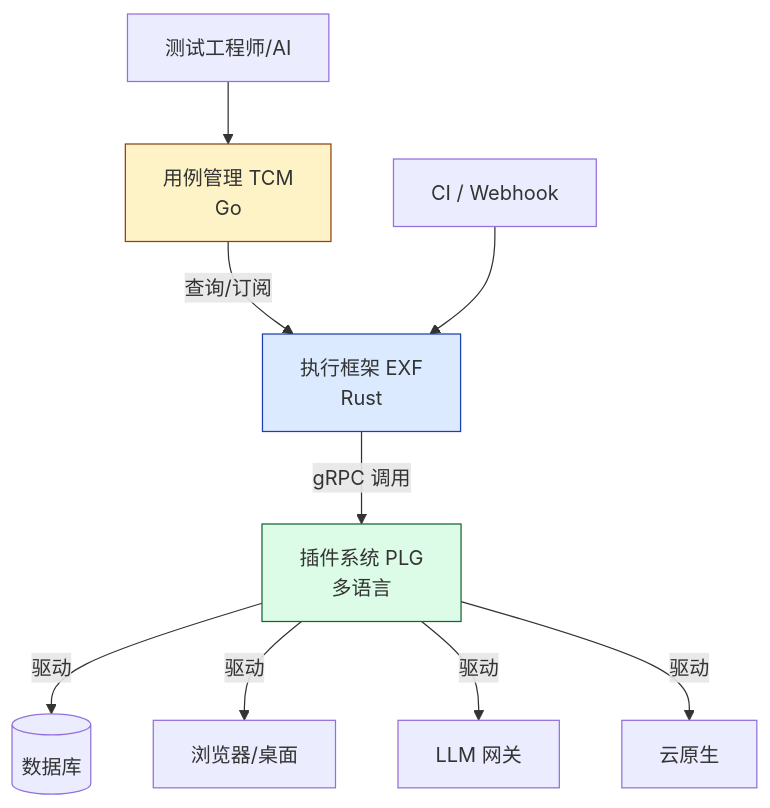
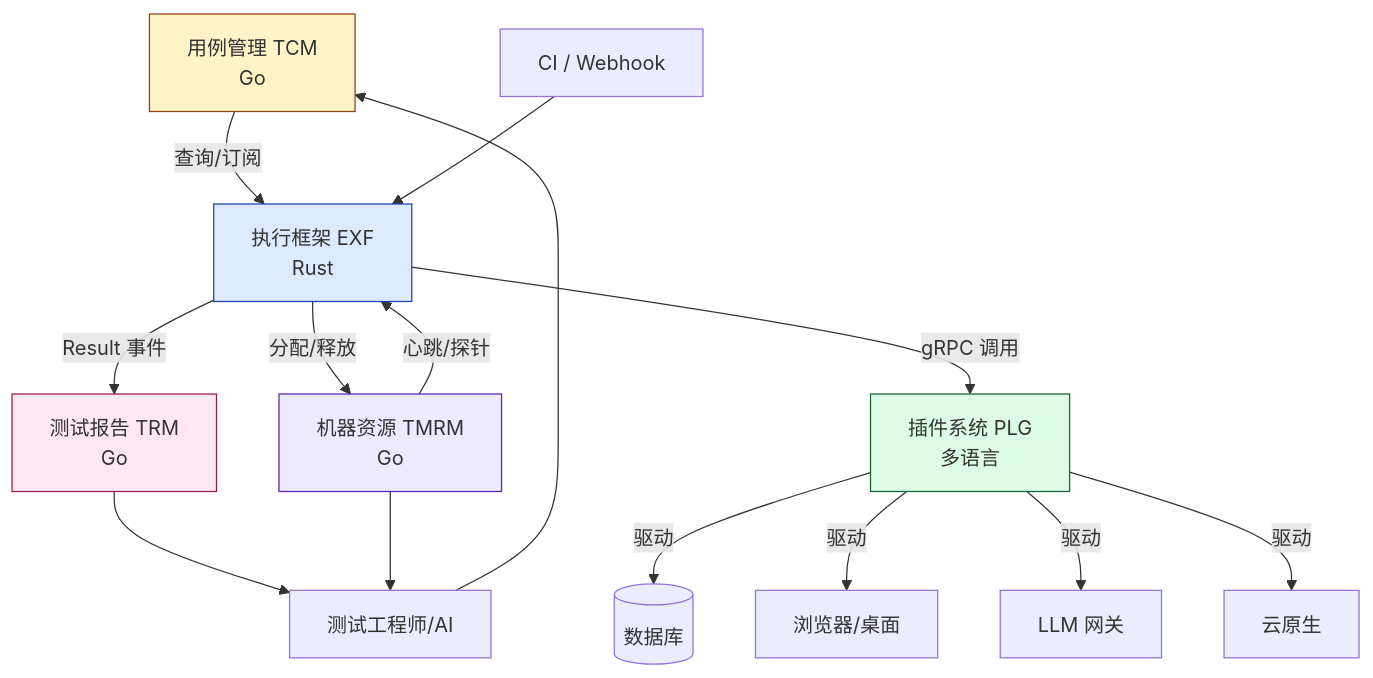
The first of 3 diagrams in docs/ai-test/architecture.md (OneTearOneSmoke/oneTear), drawn with Mermaid before and after one commit. The commit also changed other lines of this file and 4 other files, not shown here.

First line of the commit message:
docs(aitest): add TRM (test report) and TMRM (test farm) module designs

````diff
--- a/docs/ai-test/architecture.md
+++ b/docs/ai-test/architecture.md
@@ -17,18 +19,27 @@
 ```mermaid
 flowchart TB
   classDef tcm fill:#fef3c7,stroke:#92400e
   classDef exf fill:#dbeafe,stroke:#1e40af
   classDef plg fill:#dcfce7,stroke:#166534
+  classDef trm fill:#fce7f3,stroke:#9d174d
+  classDef tmrm fill:#ede9fe,stroke:#5b21b6
   classDef ext fill:#f3f4f6,stroke:#6b7280
   TCM[用例管理 TCM<br/>Go]:::tcm
   EXF[执行框架 EXF<br/>Rust]:::exf
   PLG[插件系统 PLG<br/>多语言]:::plg
+  TRM[测试报告 TRM<br/>Go]:::trm
+  TMRM[机器资源 TMRM<br/>Go]:::tmrm
   TCM -- "查询/订阅" --> EXF
+  EXF -- "Result 事件" --> TRM
+  EXF -- "分配/释放" --> TMRM
+  TMRM -- "心跳/探针" --> EXF
   EXF -- "gRPC 调用" --> PLG
   PLG -- "驱动" --> DB[(数据库)]
   PLG -- "驱动" --> Web[浏览器/桌面]
   PLG -- "驱动" --> LLM[LLM 网关]
   PLG -- "驱动" --> Cloud[云原生]
   User[测试工程师/AI] --> TCM
   CI[CI / Webhook] --> EXF
+  TRM --> User
+  TMRM --> User
 ```
````
